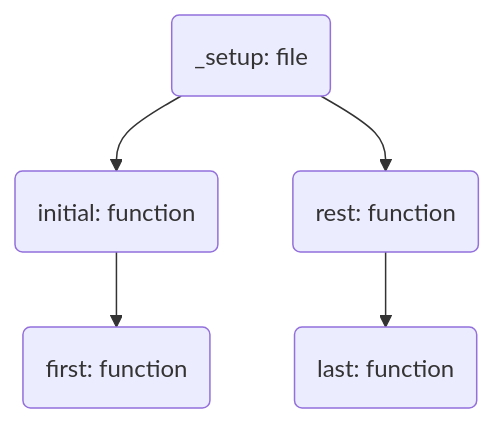
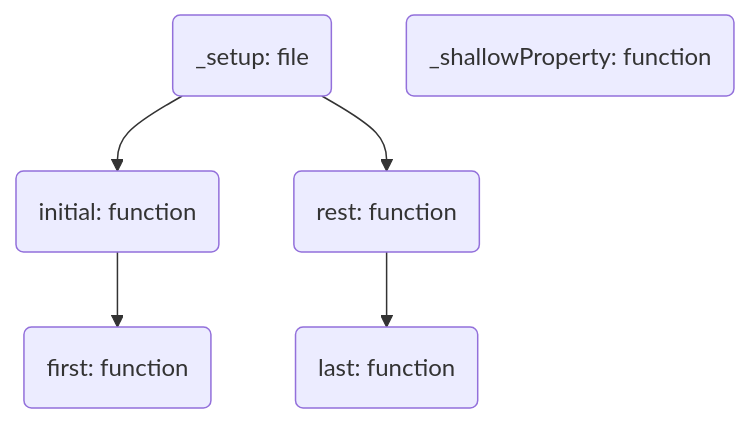
One commit to AshGreyG/To-Realize-Underscore changed the diagram in doc/dependencies.mmd. Above: the diagram before and after it, drawn with Mermaid. The commit also changed 1 other file, not shown here.

Commit message:
:sparkles: add `_shallowProperty` function, an internal helper to generate a function to obtain property `key` from `obj`

```diff
--- a/doc/dependencies.mmd
+++ b/doc/dependencies.mmd
@@ -1,20 +1,32 @@
 flowchart TD
-  %% Name settings
+  %% Define nodes and their names
+
+  %%% `_xxx` files
   _setup(_setup: file)
+  _shallowProperty(_shallowProperty: function)
+
+  %%% Array functions
+
   initial(initial: function)
   first(first: function)
   rest(rest: function)
   last(last: function)
 
   %% Hyperlink settings
+
+  %%% `_xxx` files
+
   click _setup "https://github.com/AshGreyG/To-Realize-Underscore/blob/main/modules/_setup.js"
+  click _shallowProperty "https://github.com/AshGreyG/To-Realize-Underscore/blob/main/modules/_shallowProperty.js"
+
   click initial "https://github.com/AshGreyG/To-Realize-Underscore/blob/main/modules/initial.js"
   click first "https://github.com/AshGreyG/To-Realize-Underscore/blob/main/modules/first.js"
   click rest "https://github.com/AshGreyG/To-Realize-Underscore/blob/main/modules/rest.js"
   click last "https://github.com/AshGreyG/To-Realize-Underscore/blob/main/modules/last.js"
 
-  %% Array settings
+  %% Edge settings
+
   _setup --> initial
   _setup --> rest
   initial --> first
   rest --> last
```
